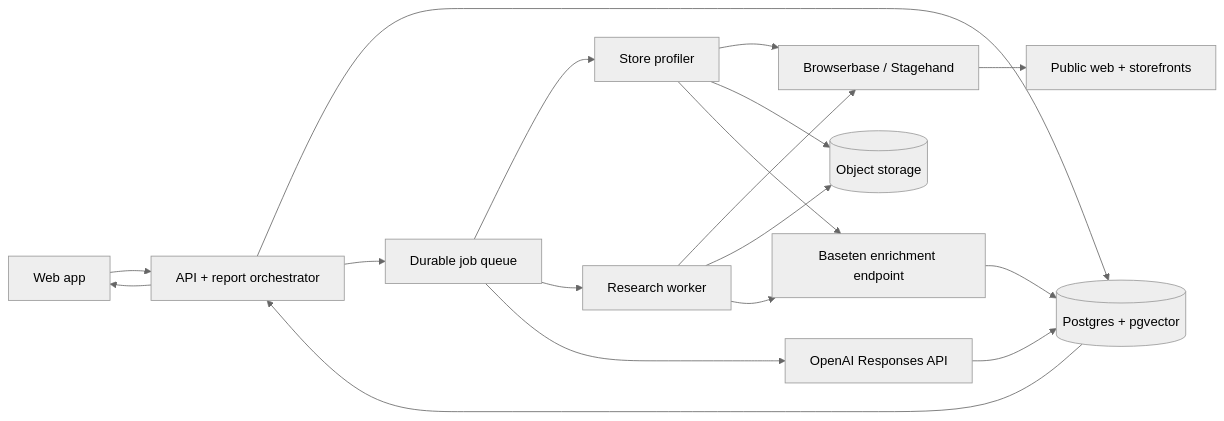
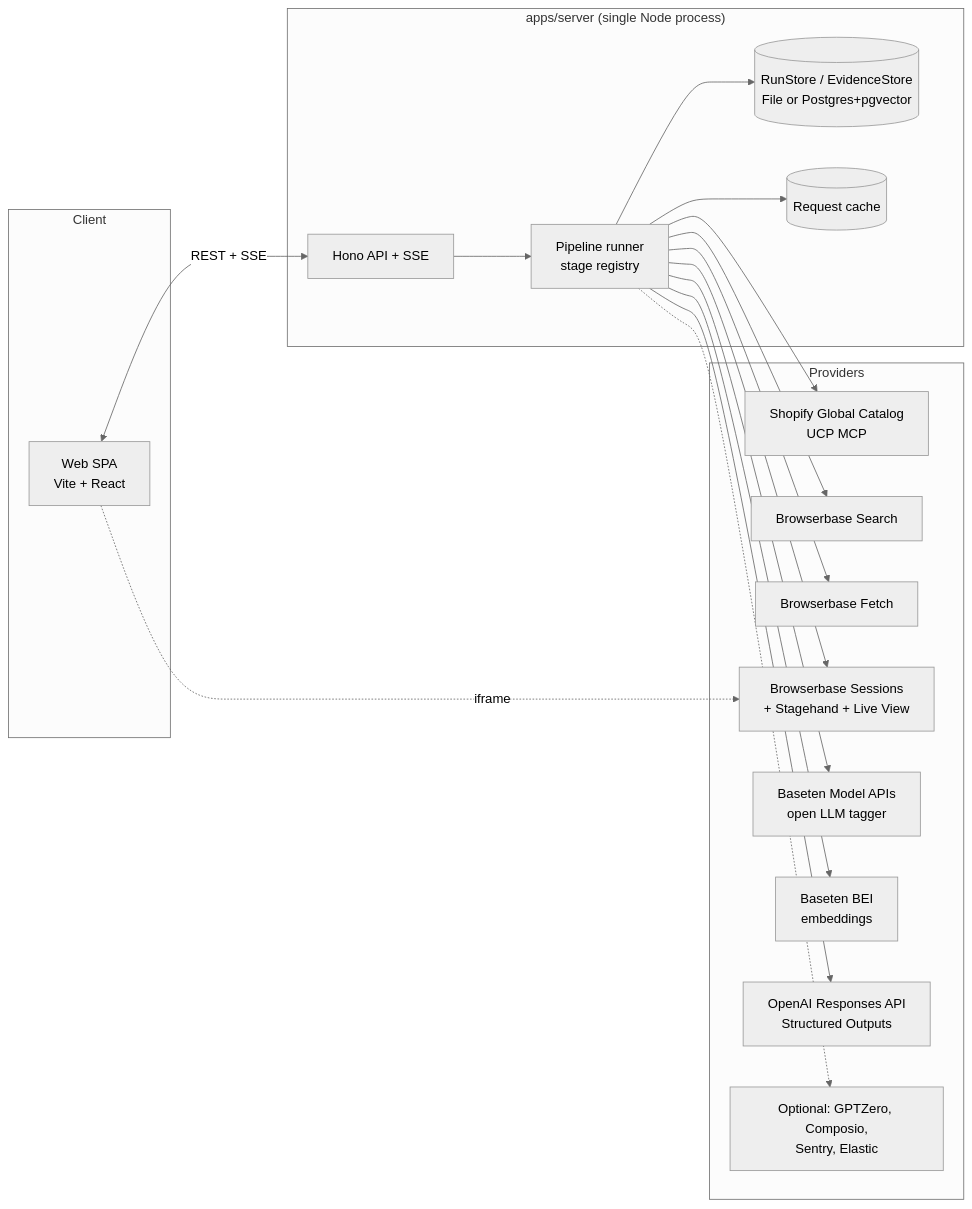
One commit to Yokanater/htn-26 changed the first of 2 diagrams in docs/SHOPIFY_ECOSYSTEM_INTELLIGENCE_DESIGN.md. Above: the diagram before and after it, drawn with Mermaid (neutral theme). The commit also changed other lines of this file and 7 other files, not shown here.

````diff
--- a/docs/SHOPIFY_ECOSYSTEM_INTELLIGENCE_DESIGN.md
+++ b/docs/SHOPIFY_ECOSYSTEM_INTELLIGENCE_DESIGN.md
@@ -61,20 +124,31 @@
 ```mermaid
 flowchart LR
-    UI[Web app] --> API[API + report orchestrator]
-    API --> DB[(Postgres + pgvector)]
-    API --> Q[Durable job queue]
-    Q --> P[Store profiler]
-    Q --> R[Research worker]
-    P --> BB[Browserbase / Stagehand]
-    R --> BB
-    BB --> WEB[Public web + storefronts]
-    P --> OBJ[(Object storage)]
-    R --> OBJ
-    P --> BT[Baseten enrichment endpoint]
-    R --> BT
-    BT --> DB
-    Q --> OA[OpenAI Responses API]
-    OA --> DB
-    DB --> API
-    API --> UI
+    subgraph Client
+      WEB[Web SPA<br/>Vite + React]
+    end
+    subgraph Server["apps/server (single Node process)"]
+      API[Hono API + SSE]
+      RUN[Pipeline runner<br/>stage registry]
+      STORE[(RunStore / EvidenceStore<br/>File or Postgres+pgvector)]
+      CACHE[(Request cache)]
+    end
+    subgraph Providers
+      CAT[Shopify Global Catalog<br/>UCP MCP]
+      BBS[Browserbase Search]
+      BBF[Browserbase Fetch]
+      BBB[Browserbase Sessions<br/>+ Stagehand + Live View]
+      BTM[Baseten Model APIs<br/>open LLM tagger]
+      BTE[Baseten BEI<br/>embeddings]
+      OAI[OpenAI Responses API<br/>Structured Outputs]
+      OPT[Optional: GPTZero, Composio,<br/>Sentry, Elastic]
+    end
+    WEB <-->|REST + SSE| API
+    API --> RUN
+    RUN --> STORE
+    RUN --> CACHE
+    RUN --> CAT & BBS & BBF & BBB
+    RUN --> BTM & BTE
+    RUN --> OAI
+    RUN -.-> OPT
+    WEB -.->|iframe| BBB
 ```
````
